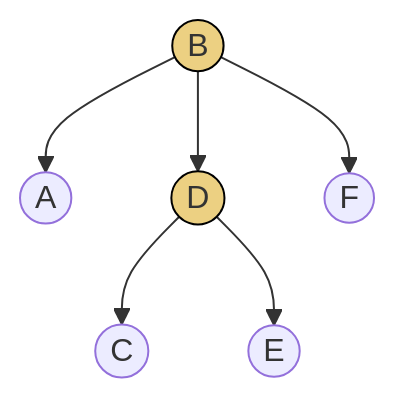
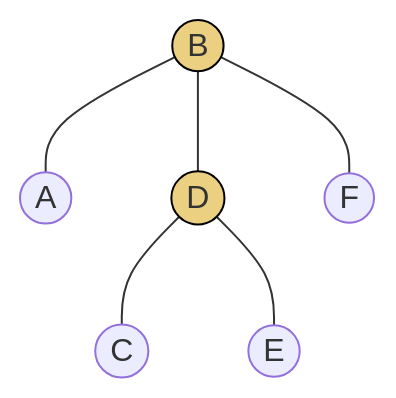
One commit to ruslylove/datastruct changed the fourth of 9 diagrams in lectures/lect-9-Trees.md. Above: the diagram before and after it, drawn with Mermaid. The commit also changed other lines of this file and 19 other files, not shown here.

````diff
--- a/lectures/lect-9-Trees.md
+++ b/lectures/lect-9-Trees.md
@@ -329,12 +362,12 @@
 ```mermaid
 graph TD
-    B((B)) --> A((A))
-    B --> D((D))
-    B --> F((F))
-    D --> C((C))
-    D --> E((E))
+    B((B)) --- A((A))
+    B --- D((D))
+    B --- F((F))
+    D --- C((C))
+    D --- E((E))
 
     style B fill:#ecd082,stroke:black;
     style D fill:#ecd082,stroke:black;
 
 ```
````
